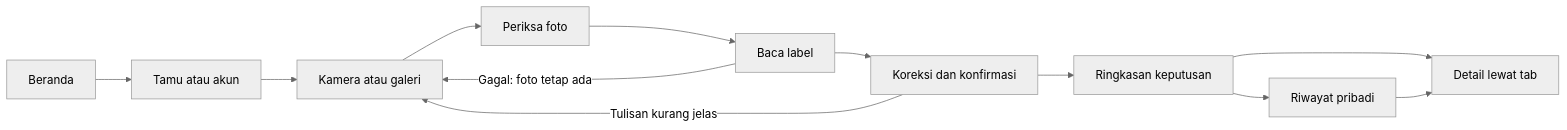
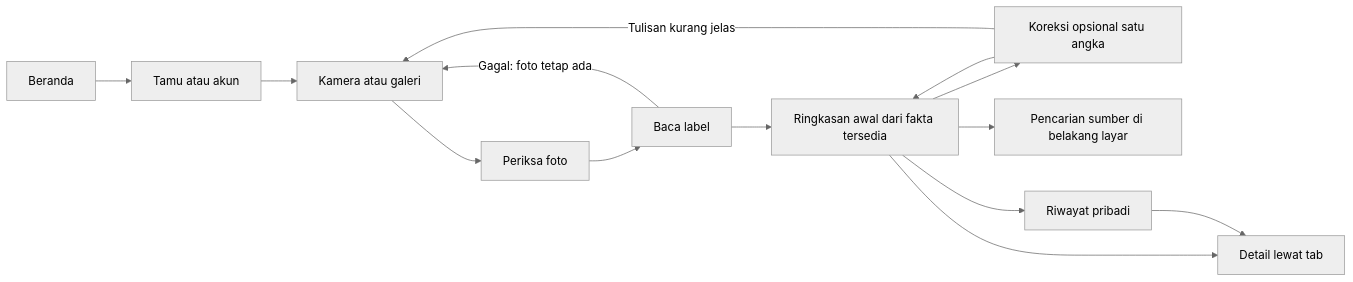
One commit to Stevyussz/NutriLens changed the diagram in QA_FLOW.md. Above: the diagram before and after it, drawn with Mermaid (neutral theme). The commit also changed other lines of this file and 37 other files, not shown here.

````diff
--- a/QA_FLOW.md
+++ b/QA_FLOW.md
@@ -11,14 +11,16 @@
 ```mermaid
 flowchart LR
   A[Beranda] --> B[Tamu atau akun]
   B --> C[Kamera atau galeri]
   C --> D[Periksa foto]
   D --> E[Baca label]
-  E --> F[Koreksi dan konfirmasi]
-  F --> G[Ringkasan keputusan]
+  E --> G[Ringkasan awal dari fakta tersedia]
+  G --> F[Koreksi opsional satu angka]
+  F --> G
+  G --> J[Pencarian sumber di belakang layar]
   G --> H[Detail lewat tab]
   G --> I[Riwayat pribadi]
   I --> H
   E -->|Gagal: foto tetap ada| C
   F -->|Tulisan kurang jelas| C
 ```
````
